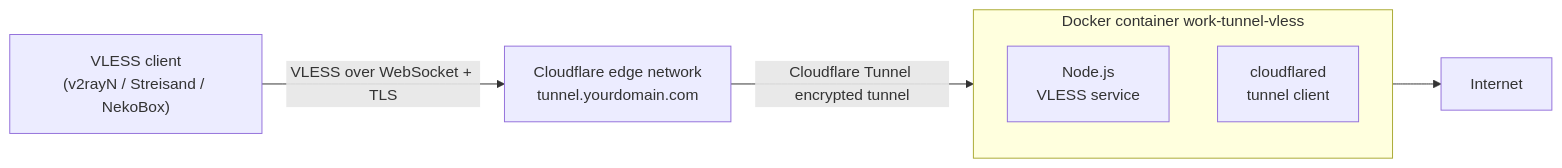
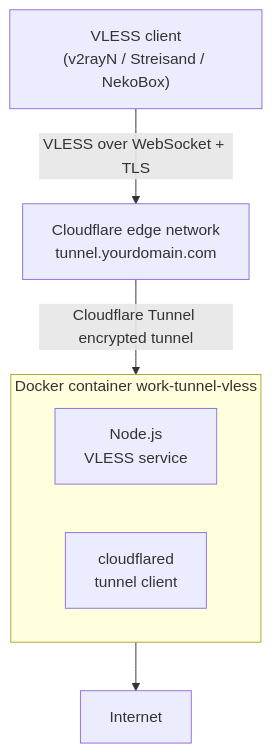
Before and after one commit to playwjj/work-tunnel-vless: the diagram in README_EN.md, drawn with Mermaid. The commit also changed 1 other file, not shown here.

Commit message:
Fix architecture diagram layout (vertical to avoid toolbar overlap)

````diff
--- a/README_EN.md
+++ b/README_EN.md
@@ -9,10 +9,10 @@
 ```mermaid
-flowchart LR
+flowchart TD
     Client["VLESS client<br/>(v2rayN / Streisand / NekoBox)"] -->|VLESS over WebSocket + TLS| CF["Cloudflare edge network<br/>tunnel.yourdomain.com"]
-    CF -->|Cloudflare Tunnel encrypted tunnel| Box["Docker container"]
+    CF -->|Cloudflare Tunnel encrypted tunnel| Box["Docker container work-tunnel-vless"]
     Box --> Internet["Internet"]
     subgraph Box["Docker container work-tunnel-vless"]
         VLESS["Node.js<br/>VLESS service"]
         Cloudflared["cloudflared<br/>tunnel client"]
     end
 ```
````
